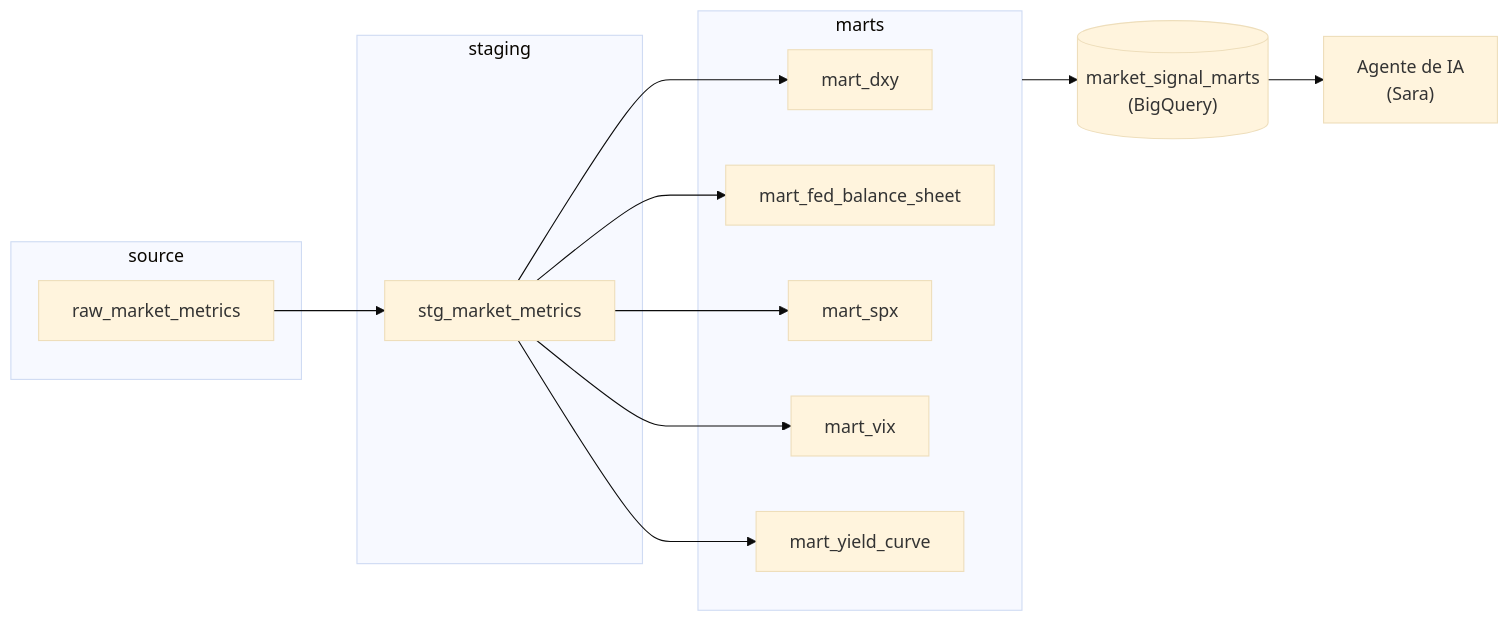
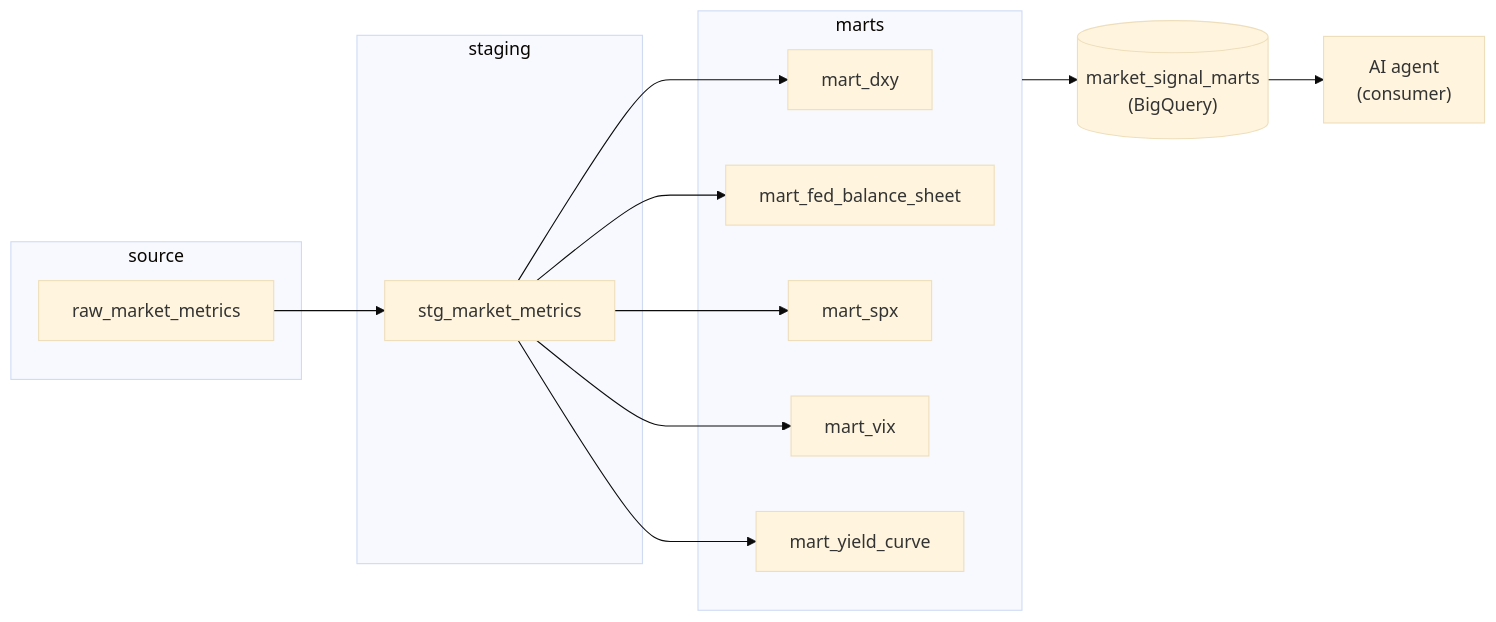
One commit to ggsergi/market-signal-stack changed the diagram in README.md. Above: the diagram before and after it, drawn with Mermaid (base theme). The commit also changed other lines of this file and 4 other files, not shown here.

````diff
--- a/README.md
+++ b/README.md
@@ -19,24 +19,24 @@
 ```mermaid
 flowchart LR
     subgraph source["source"]
         raw_market_metrics["raw_market_metrics"]
     end
     subgraph staging["staging"]
         stg_market_metrics["stg_market_metrics"]
     end
     subgraph marts["marts"]
         mart_dxy["mart_dxy"]
         mart_fed_balance_sheet["mart_fed_balance_sheet"]
         mart_spx["mart_spx"]
         mart_vix["mart_vix"]
         mart_yield_curve["mart_yield_curve"]
     end
     raw_market_metrics --> stg_market_metrics
     stg_market_metrics --> mart_dxy
     stg_market_metrics --> mart_fed_balance_sheet
     stg_market_metrics --> mart_spx
     stg_market_metrics --> mart_vix
     stg_market_metrics --> mart_yield_curve
     marts --> market_signal_marts[("market_signal_marts<br/>(BigQuery)")]
-    market_signal_marts --> agent["Agente de IA<br/>(Sara)"]
+    market_signal_marts --> agent["AI agent<br/>(consumer)"]
 ```
````
